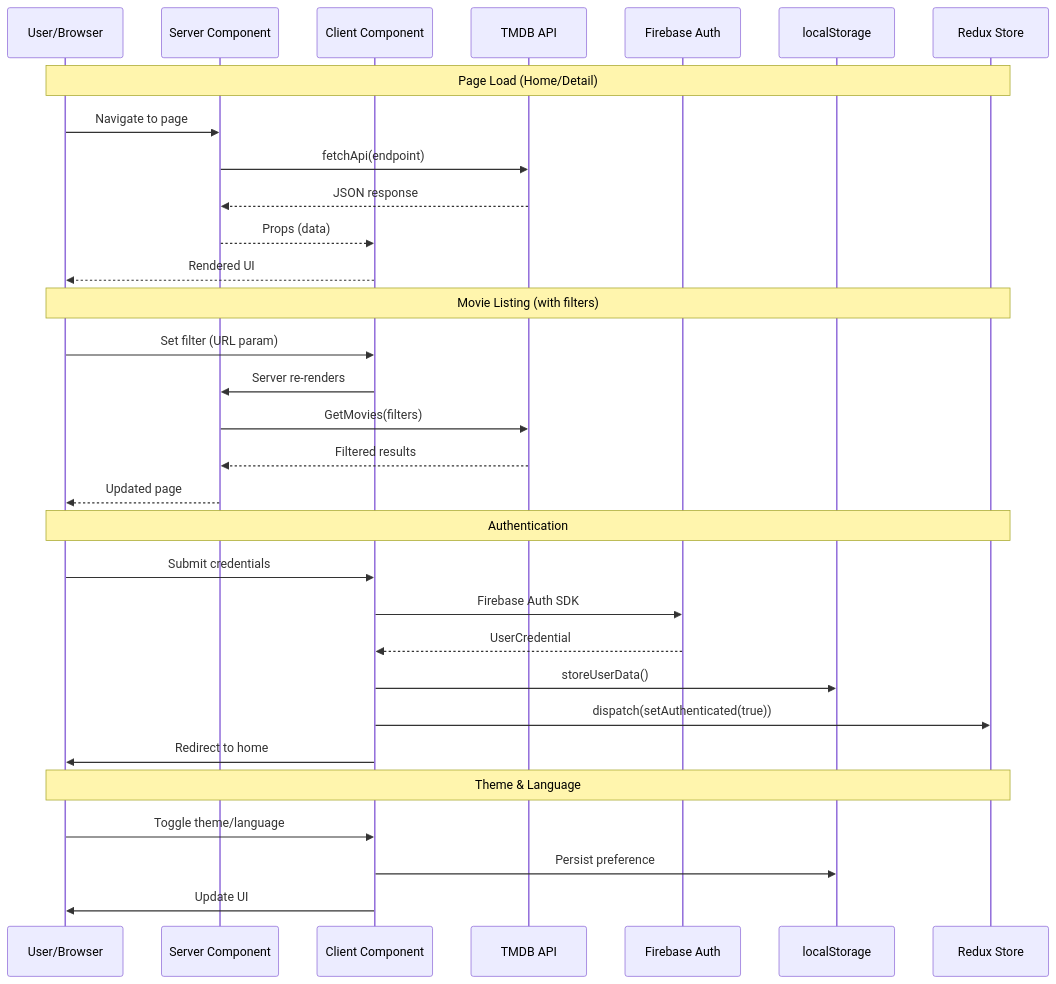
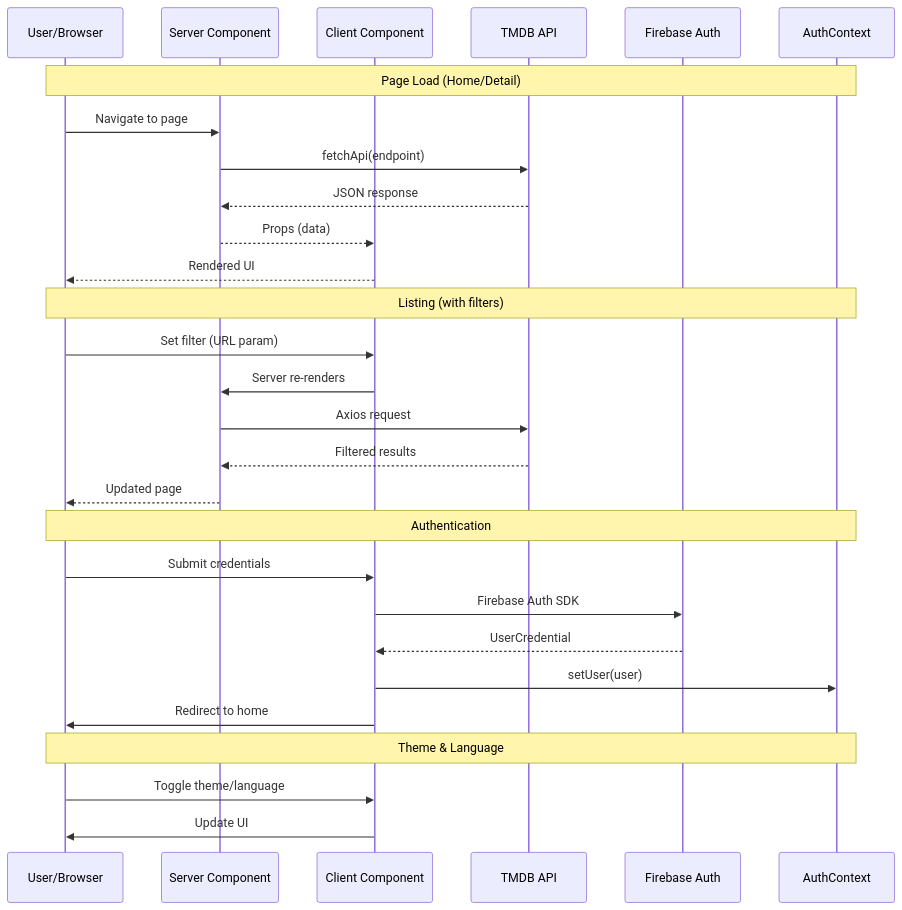
The diagram in README.md (Amrr-Maherr/imdb-stream), drawn with Mermaid before and after one commit. The commit also changed other lines of this file, not shown here.

Commit message:
docs: update README to reflect current architecture and features

````diff
--- a/README.md
+++ b/README.md
@@ -683,37 +707,34 @@
 ```mermaid
 sequenceDiagram
     participant User as User/Browser
     participant RSC as Server Component
     participant CC as Client Component
     participant TMDB as TMDB API
     participant FA as Firebase Auth
-    participant LS as localStorage
-    participant Redux as Redux Store
+    participant AC as AuthContext
 
-    Note over User,Redux: Page Load (Home/Detail)
+    Note over User,AC: Page Load (Home/Detail)
     User->>RSC: Navigate to page
     RSC->>TMDB: fetchApi(endpoint)
     TMDB-->>RSC: JSON response
     RSC-->>CC: Props (data)
     CC-->>User: Rendered UI
 
-    Note over User,Redux: Movie Listing (with filters)
+    Note over User,AC: Listing (with filters)
     User->>CC: Set filter (URL param)
     CC->>RSC: Server re-renders
-    RSC->>TMDB: GetMovies(filters)
+    RSC->>TMDB: Axios request
     TMDB-->>RSC: Filtered results
     RSC-->>User: Updated page
 
-    Note over User,Redux: Authentication
+    Note over User,AC: Authentication
     User->>CC: Submit credentials
     CC->>FA: Firebase Auth SDK
     FA-->>CC: UserCredential
-    CC->>LS: storeUserData()
-    CC->>Redux: dispatch(setAuthenticated(true))
+    CC->>AC: setUser(user)
     CC->>User: Redirect to home
 
-    Note over User,Redux: Theme & Language
+    Note over User,AC: Theme & Language
     User->>CC: Toggle theme/language
-    CC->>LS: Persist preference
     CC->>User: Update UI
 ```
````
